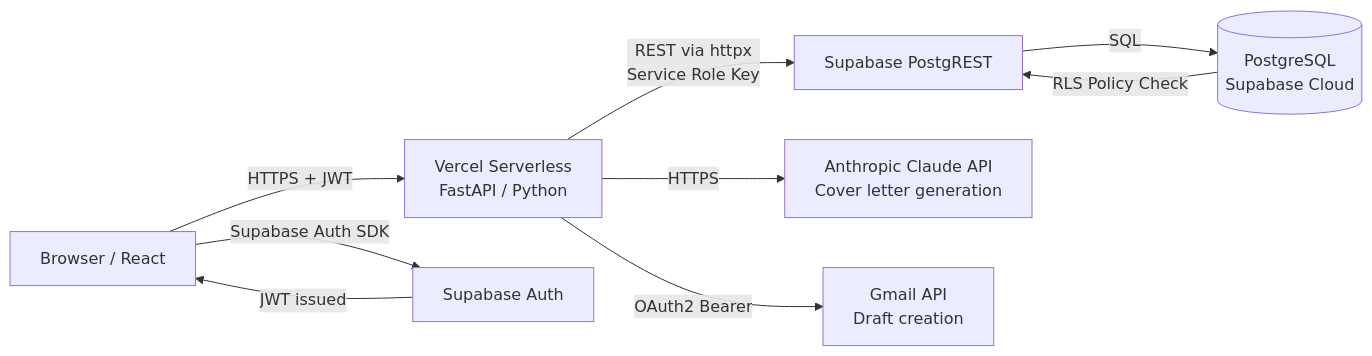
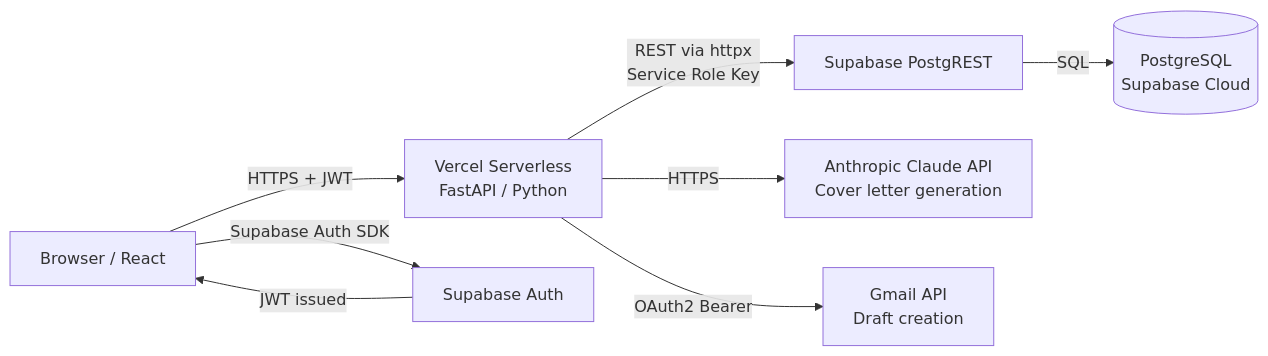
Before and after one commit to linneamoritznyc/antiapathyjobportal: the first of 3 diagrams in SYSTEM_ARCHITECTURE.md, drawn with Mermaid. The commit also changed other lines of this file, not shown here.

First line of the commit message:
Fyll i SYSTEM_ARCHITECTURE.md med faktiska värden från schema + kod

````diff
--- a/SYSTEM_ARCHITECTURE.md
+++ b/SYSTEM_ARCHITECTURE.md
@@ -13,11 +12,10 @@
 ```mermaid
 graph LR
     A[Browser / React] -- HTTPS + JWT --> B[Vercel Serverless\nFastAPI / Python]
     B -- REST via httpx\nService Role Key --> C[Supabase PostgREST]
     C -- SQL --> D[(PostgreSQL\nSupabase Cloud)]
-    D -- RLS Policy Check --> C
     B -- HTTPS --> E[Anthropic Claude API\nCover letter generation]
     B -- OAuth2 Bearer --> F[Gmail API\nDraft creation]
     A -- Supabase Auth SDK --> G[Supabase Auth]
     G -- JWT issued --> A
 ```
````
